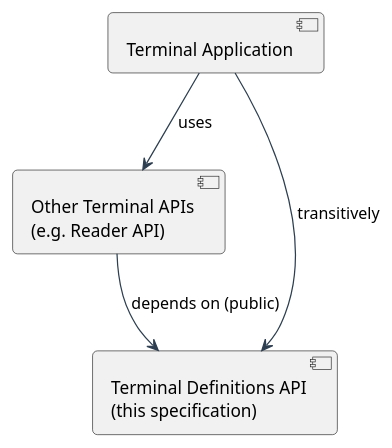
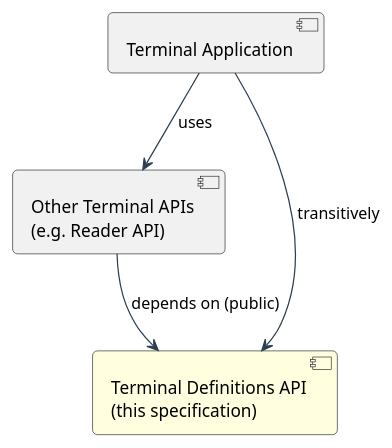
One commit to calypsonet/calypsonet-terminal-definitions-uml-api changed the first of 2 diagrams in api_specification.adoc. Above: the diagram before and after it, drawn with PlantUML.

```diff
--- a/api_specification.adoc
+++ b/api_specification.adoc
@@ -197,16 +197,16 @@
 [plantuml, target=architecture-overview, format=svg]
 ....
 @startuml
 skinparam shadowing false
 skinparam roundCorner 8
 skinparam ArrowColor #2C3E50
 
 component "Terminal Application" as App
 component "Other Terminal APIs\n(e.g. Reader API)" as Other
-component "Terminal Definitions API\n(this specification)" as Def
+component "Terminal Definitions API\n(this specification)" as Def #LightYellow
 
 App   --> Other : uses
 Other --> Def   : depends on (public)
 App   --> Def   : transitively
 @enduml
 ....
```
